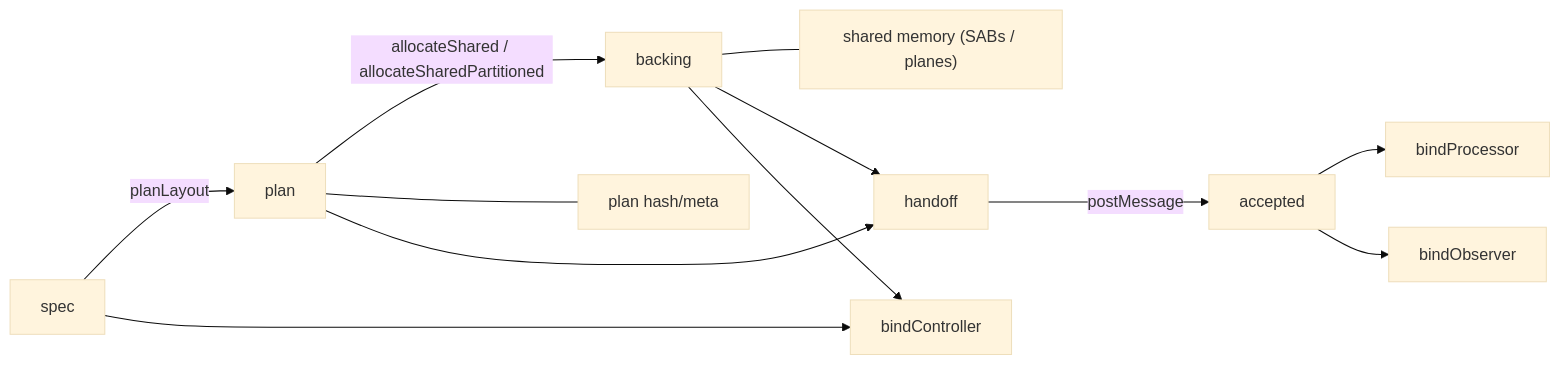
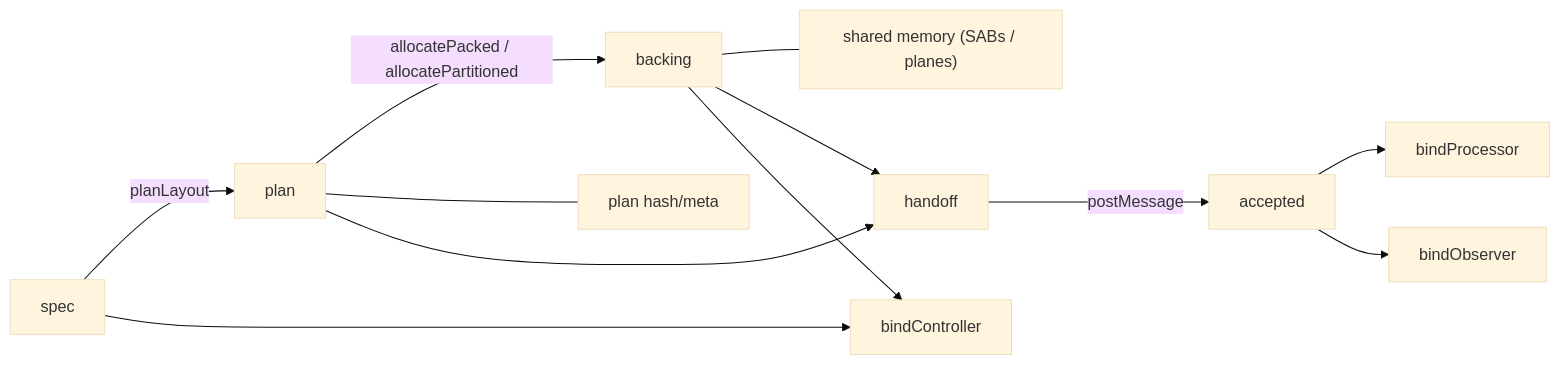
Before and after one commit to maikeleckelboom/seqlok-boundary-substrate-rd: the diagram in packages/core/docs/architecture/07-seqlok-api-shape-rationale.md, drawn with Mermaid (base theme). The commit also changed other lines of this file and 112 other files, not shown here.

````diff
--- a/packages/core/docs/architecture/07-seqlok-api-shape-rationale.md
+++ b/packages/core/docs/architecture/07-seqlok-api-shape-rationale.md
@@ -715,13 +715,13 @@
 ```mermaid
 flowchart LR
   A[spec] -->|planLayout| B[plan]
-  B -->|"allocateShared / allocateSharedPartitioned"| C[backing]
+  B -->|"allocatePacked / allocatePartitioned"| C[backing]
   B --- D[plan hash/meta]
   C --- E["shared memory (SABs / planes)"]
   B --> F[handoff]
   C --> F
   F -->|postMessage| G[accepted]
   A & C --> H[bindController]
   G --> I[bindProcessor]
   G --> J[bindObserver]
 ```
````
